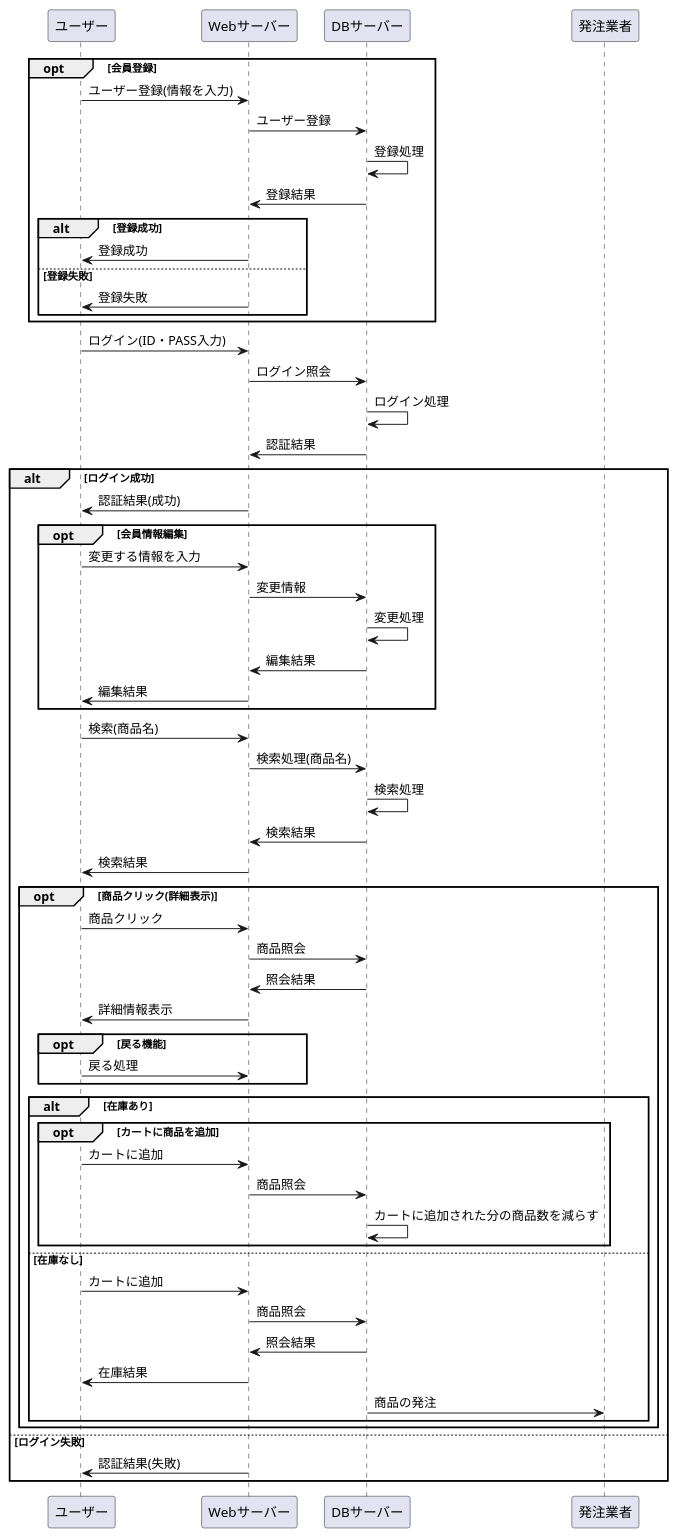
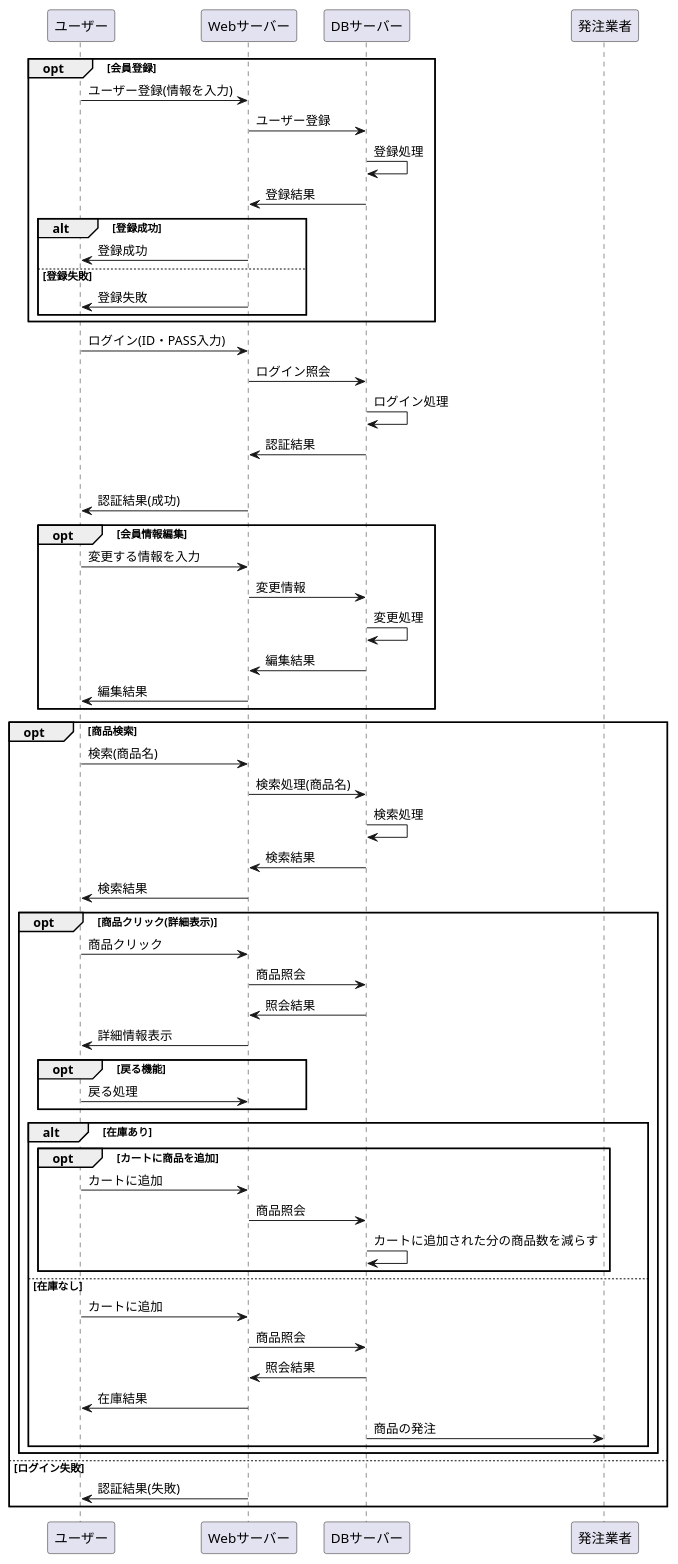
The diagram in 業務フロー.md (Aso2001163/2021sys-design), drawn with PlantUML before and after one commit.

````diff
--- a/業務フロー.md
+++ b/業務フロー.md
@@ -1,65 +1,66 @@
 ```uml
 @startuml
 
 opt 会員登録
 ユーザー -> Webサーバー : ユーザー登録(情報を入力)
 Webサーバー -> DBサーバー : ユーザー登録
 DBサーバー -> DBサーバー : 登録処理
 DBサーバー -> Webサーバー : 登録結果
 
 alt 登録成功
 Webサーバー -> ユーザー : 登録成功
 else 登録失敗
 Webサーバー -> ユーザー : 登録失敗
 end
 end
 
 ユーザー -> Webサーバー : ログイン(ID・PASS入力)
 Webサーバー -> DBサーバー : ログイン照会
 DBサーバー -> DBサーバー : ログイン処理
 DBサーバー -> Webサーバー : 認証結果
 
 alt ログイン成功
 Webサーバー -> ユーザー : 認証結果(成功)
 
 opt 会員情報編集
 ユーザー -> Webサーバー : 変更する情報を入力
 Webサーバー -> DBサーバー :変更情報
 DBサーバー -> DBサーバー : 変更処理
 DBサーバー -> Webサーバー : 編集結果
 Webサーバー -> ユーザー : 編集結果
 end
 
+opt 商品検索
 ユーザー -> Webサーバー : 検索(商品名)
 Webサーバー -> DBサーバー : 検索処理(商品名)
 DBサーバー -> DBサーバー : 検索処理
 DBサーバー -> Webサーバー : 検索結果
 Webサーバー -> ユーザー : 検索結果
 
 opt 商品クリック(詳細表示)
 ユーザー -> Webサーバー : 商品クリック
 Webサーバー -> DBサーバー : 商品照会
 DBサーバー -> Webサーバー : 照会結果
 Webサーバー -> ユーザー : 詳細情報表示
 opt 戻る機能
 ユーザー -> Webサーバー : 戻る処理
 end
 alt 在庫あり
 opt カートに商品を追加
 ユーザー -> Webサーバー : カートに追加
 Webサーバー -> DBサーバー : 商品照会
 DBサーバー -> DBサーバー : カートに追加された分の商品数を減らす
 end
 else 在庫なし
 ユーザー -> Webサーバー : カートに追加
 Webサーバー -> DBサーバー : 商品照会
 DBサーバー -> Webサーバー : 照会結果
 Webサーバー -> ユーザー : 在庫結果
 DBサーバー -> 発注業者 : 商品の発注
 end
 end
 else ログイン失敗
 Webサーバー -> ユーザー : 認証結果(失敗)
 end
 @enduml
 ```
````
